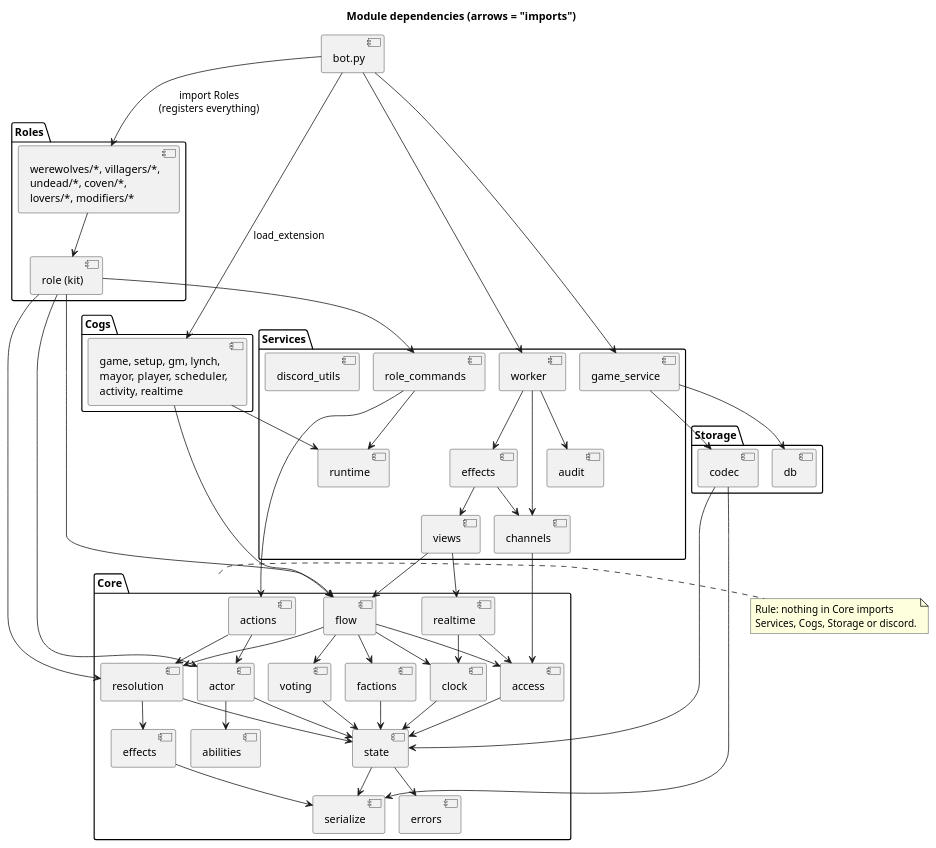
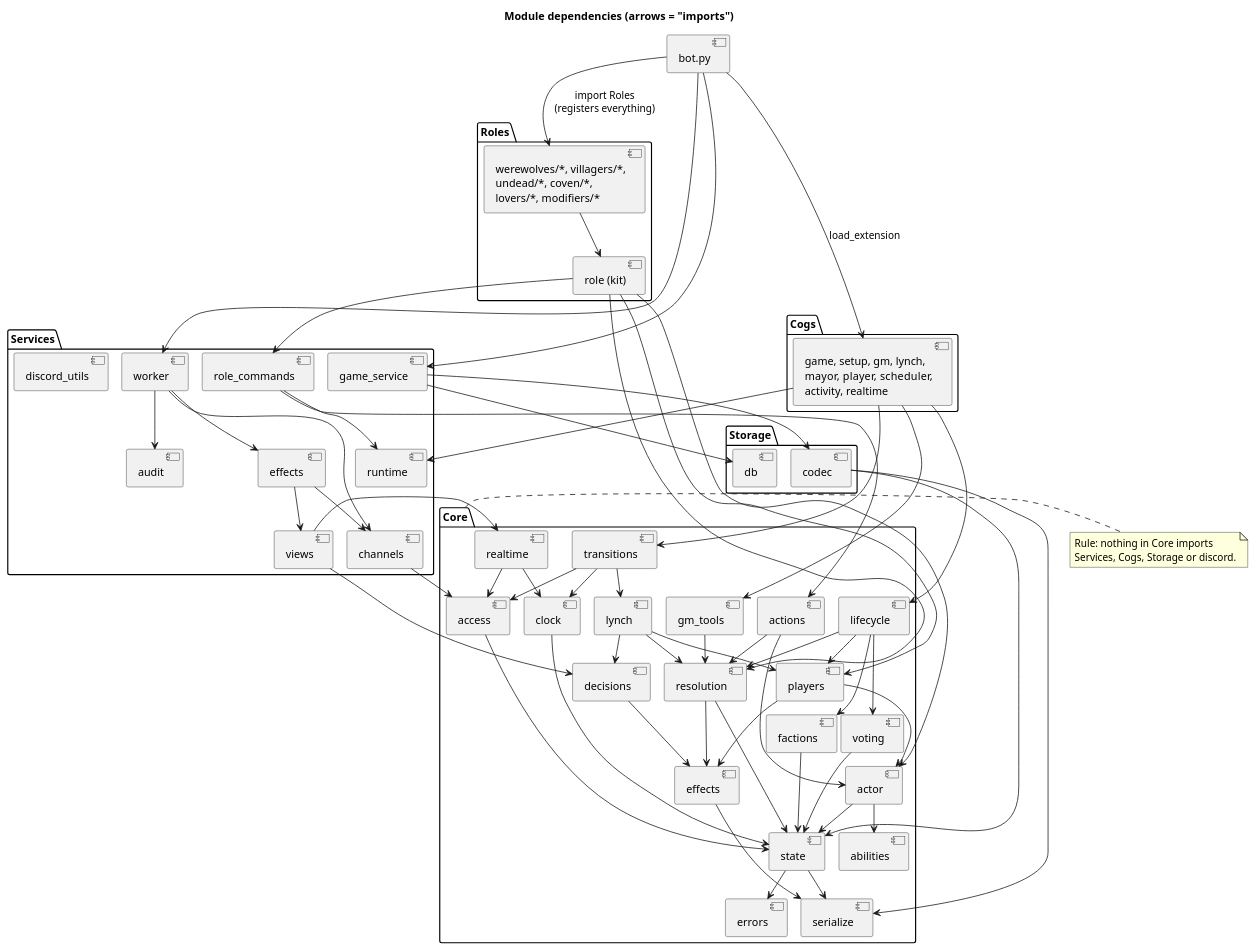
One commit to Mad-Scientist-Guild/Werewolves-bot changed the diagram in Docs/diagrams/02-module-dependencies.puml. Above: the diagram before and after it, drawn with PlantUML. The commit also changed 87 other files, not shown here.

```diff
--- a/Docs/diagrams/02-module-dependencies.puml
+++ b/Docs/diagrams/02-module-dependencies.puml
@@ -1,100 +1,116 @@
 @startuml 02-module-dependencies
 !pragma layout smetana
 title Module dependencies (arrows = "imports")
 skinparam packageStyle folder
 
 package Core {
   [errors]
   [serialize]
   [state]
   [abilities]
   [effects]
   [actor]
   [resolution]
   [access]
   [factions]
   [voting]
   [clock]
   [actions]
-  [flow]
+  [players]
+  [lifecycle]
+  [decisions]
+  [lynch]
+  [transitions]
+  [gm_tools]
   [realtime]
 }
 package Storage {
   [codec]
   [db]
 }
 package Services {
   [runtime]
   [game_service]
   [role_commands]
   [channels]
   [effects ] as SEffects
   [audit]
   [views]
   [worker]
   [discord_utils]
 }
 package Roles {
   [role (kit)] as Kit
   [werewolves/*, villagers/*,\nundead/*, coven/*,\nlovers/*, modifiers/*] as RoleFiles
 }
 package Cogs {
   [game, setup, gm, lynch,\nmayor, player, scheduler,\nactivity, realtime] as CogFiles
 }
 [bot.py] as Bot
 
 [state] --> [serialize]
 [state] --> [errors]
 [effects] --> [serialize]
 [actor] --> [abilities]
 [actor] --> [state]
 [resolution] --> [state]
 [resolution] --> [effects]
 [access] --> [state]
 [factions] --> [state]
 [voting] --> [state]
 [clock] --> [state]
 [actions] --> [actor]
 [actions] --> [resolution]
-[flow] --> [voting]
-[flow] --> [resolution]
-[flow] --> [access]
-[flow] --> [clock]
-[flow] --> [factions]
+[players] --> [actor]
+[players] --> [effects]
+[lifecycle] --> [players]
+[lifecycle] --> [voting]
+[lifecycle] --> [resolution]
+[lifecycle] --> [factions]
+[decisions] --> [effects]
+[lynch] --> [decisions]
+[lynch] --> [players]
+[lynch] --> [resolution]
+[transitions] --> [lynch]
+[transitions] --> [access]
+[transitions] --> [clock]
+[gm_tools] --> [resolution]
 [realtime] --> [access]
 [realtime] --> [clock]
 
 [codec] --> [serialize]
 [codec] --> [state]
 
 [game_service] --> [codec]
 [game_service] --> [db]
 [role_commands] --> [actions]
 [role_commands] --> [runtime]
 [channels] --> [access]
 [SEffects] --> [channels]
 [SEffects] --> [views]
-[views] --> [flow]
+[views] --> [decisions]
 [views] --> [realtime]
 [worker] --> [SEffects]
 [worker] --> [channels]
 [worker] --> [audit]
 
 Kit --> [actor]
-Kit --> [flow]
+Kit --> [players]
 Kit --> [resolution]
 Kit --> [role_commands]
 RoleFiles --> Kit
 
 CogFiles --> [runtime]
-CogFiles --> [flow]
+CogFiles --> [lifecycle]
+CogFiles --> [transitions]
+CogFiles --> [gm_tools]
 Bot --> [game_service]
 Bot --> [worker]
 Bot --> RoleFiles : import Roles\n(registers everything)
 Bot --> CogFiles : load_extension
 
 note right of Core
   Rule: nothing in Core imports
   Services, Cogs, Storage or discord.
 end note
 @enduml
```
